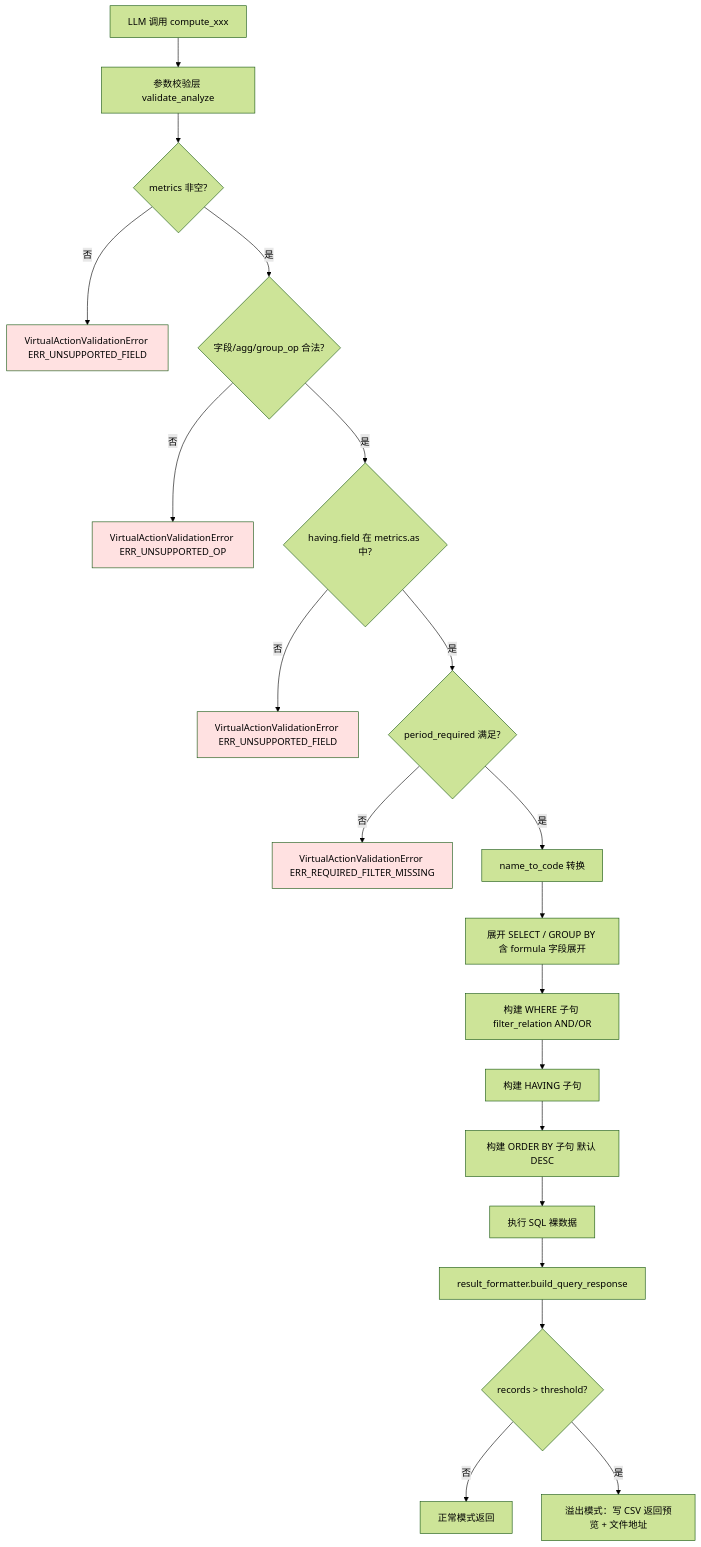
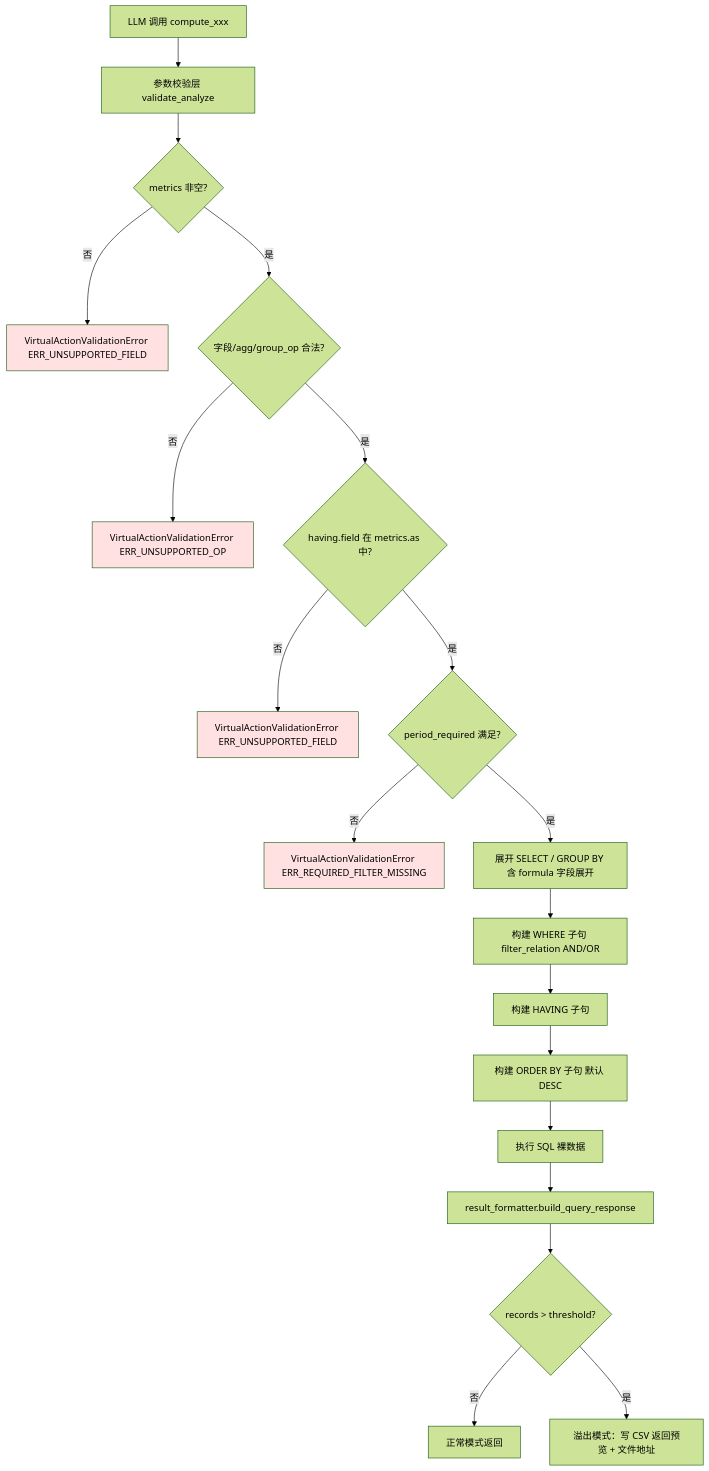
One commit to beyonai/ByDC changed the third of 5 diagrams in docs/概要设计/亦庄优化方案/亦庄-百应方案.md. Above: the diagram before and after it, drawn with Mermaid (forest theme). The commit also changed other lines of this file and 17 other files, not shown here.

````diff
--- a/docs/概要设计/亦庄优化方案/亦庄-百应方案.md
+++ b/docs/概要设计/亦庄优化方案/亦庄-百应方案.md
@@ -1992,27 +1996,26 @@
 ```mermaid
 flowchart TD
     A[LLM 调用 compute_xxx] --> B[参数校验层 validate_analyze]
     B --> C{metrics 非空?}
     C -- 否 --> E1[VirtualActionValidationError ERR_UNSUPPORTED_FIELD]
     C -- 是 --> D{字段/agg/group_op 合法?}
     D -- 否 --> E2[VirtualActionValidationError ERR_UNSUPPORTED_OP]
     D -- 是 --> F{having.field 在 metrics.as 中?}
     F -- 否 --> E3[VirtualActionValidationError ERR_UNSUPPORTED_FIELD]
     F -- 是 --> G{period_required 满足?}
     G -- 否 --> E4[VirtualActionValidationError ERR_REQUIRED_FILTER_MISSING]
-    G -- 是 --> H[name_to_code 转换]
-    H --> I[展开 SELECT / GROUP BY 含 formula 字段展开]
+    G -- 是 --> I[展开 SELECT / GROUP BY 含 formula 字段展开]
     I --> J[构建 WHERE 子句 filter_relation AND/OR]
     J --> K[构建 HAVING 子句]
     K --> L[构建 ORDER BY 子句 默认 DESC]
     L --> M[执行 SQL 裸数据]
     M --> N[result_formatter.build_query_response]
     N --> O{records > threshold?}
     O -- 否 --> P[正常模式返回]
     O -- 是 --> Q[溢出模式：写 CSV 返回预览 + 文件地址]
 
     style E1 fill:#ffe1e1
     style E2 fill:#ffe1e1
     style E3 fill:#ffe1e1
     style E4 fill:#ffe1e1
 ```
````
